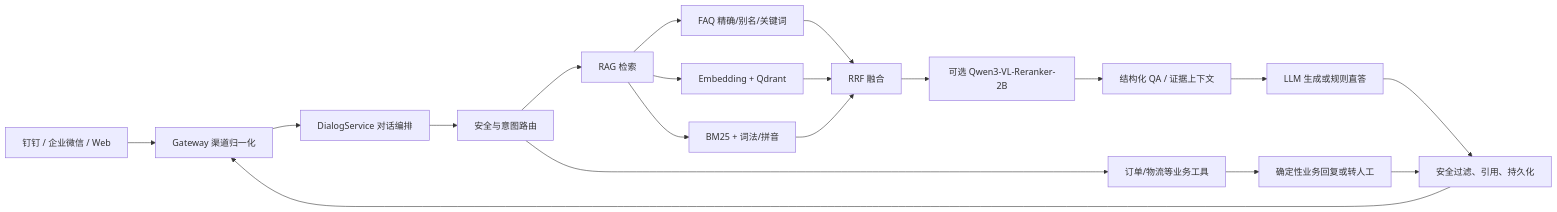
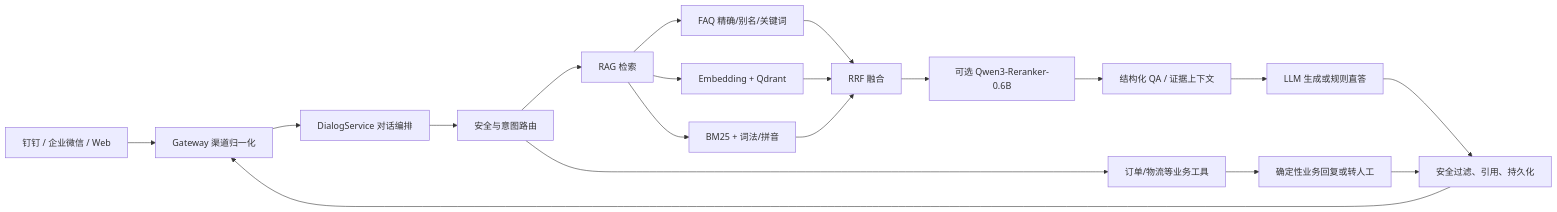
Before and after one commit to jian-ux/-: the diagram in docs/智能客服主流框架对比与优化评审-2026-08-13.md, drawn with Mermaid. The commit also changed 27 other files, not shown here.

````diff
--- a/docs/智能客服主流框架对比与优化评审-2026-08-13.md
+++ b/docs/智能客服主流框架对比与优化评审-2026-08-13.md
@@ -37,21 +37,21 @@
 ```mermaid
 flowchart LR
     U[钉钉 / 企业微信 / Web] --> G[Gateway 渠道归一化]
     G --> D[DialogService 对话编排]
     D --> I[安全与意图路由]
     I --> T[订单/物流等业务工具]
     I --> R[RAG 检索]
     R --> F[FAQ 精确/别名/关键词]
     R --> V[Embedding + Qdrant]
     R --> B[BM25 + 词法/拼音]
     F --> X[RRF 融合]
     V --> X
     B --> X
-    X --> C[可选 Qwen3-VL-Reranker-2B]
+    X --> C[可选 Qwen3-Reranker-0.6B]
     C --> Q[结构化 QA / 证据上下文]
     Q --> L[LLM 生成或规则直答]
     T --> A[确定性业务回复或转人工]
     L --> S[安全过滤、引用、持久化]
     A --> S
     S --> G
 ```
````
